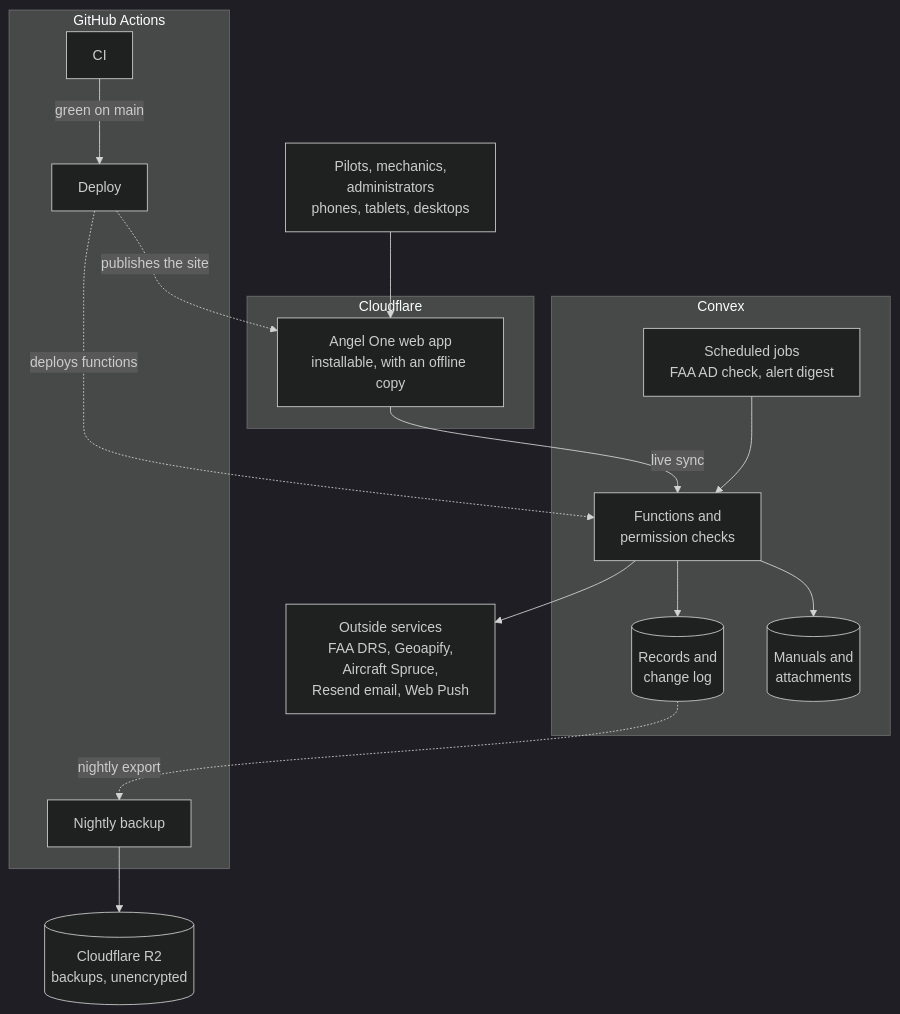
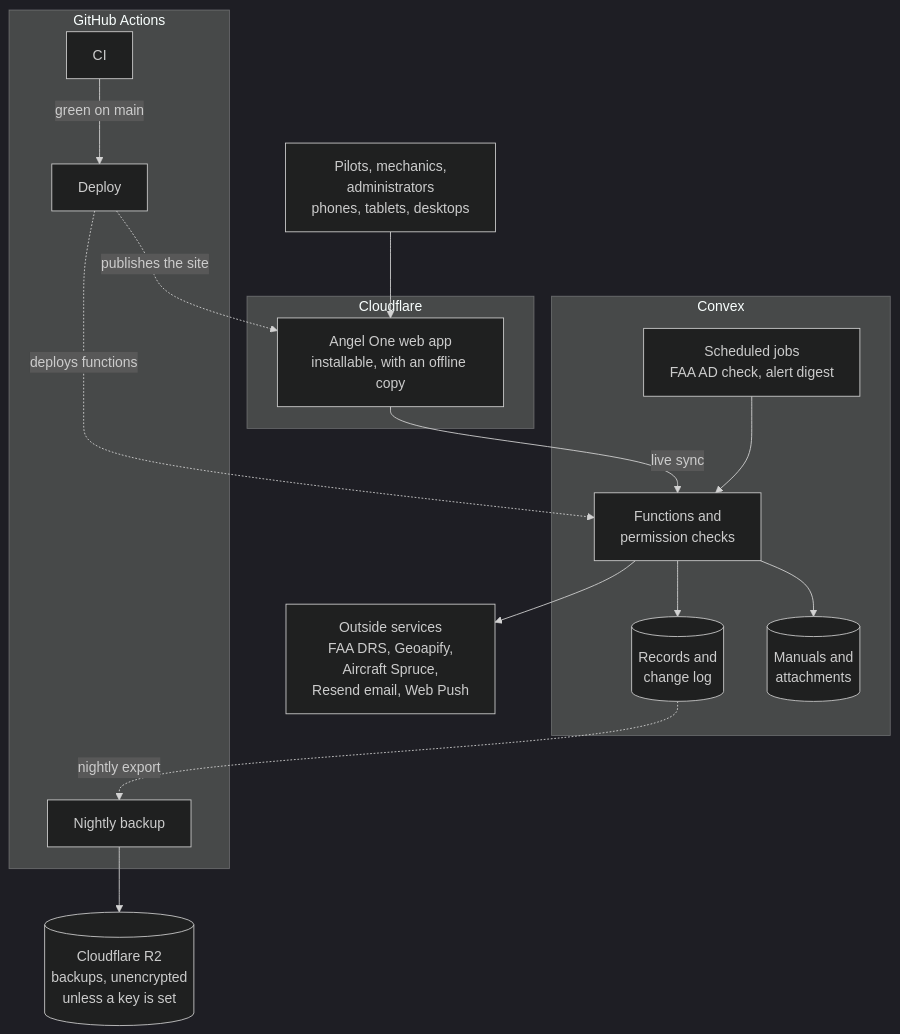
The diagram in README.md (angelone-aviation/AO-aircraft-maintenance), drawn with Mermaid (dark theme) before and after one commit. The commit also changed other lines of this file and 18 other files, not shown here.

````diff
--- a/README.md
+++ b/README.md
@@ -117,30 +115,30 @@
 ```mermaid
 flowchart TB
   People["Pilots, mechanics,<br/>administrators<br/>phones, tablets, desktops"]
   subgraph CF["Cloudflare"]
     App["Angel One web app<br/>installable, with an offline copy"]
   end
   subgraph CX["Convex"]
     Fns["Functions and<br/>permission checks"]
     DB[("Records and<br/>change log")]
     Files[("Manuals and<br/>attachments")]
     Jobs["Scheduled jobs<br/>FAA AD check, alert digest"]
   end
   Ext["Outside services<br/>FAA DRS, Geoapify,<br/>Aircraft Spruce,<br/>Resend email, Web Push"]
   subgraph GH["GitHub Actions"]
     CI["CI"] -->|green on main| Deploy["Deploy"]
     Nightly["Nightly backup"]
   end
-  R2[("Cloudflare R2<br/>backups, unencrypted")]
+  R2[("Cloudflare R2<br/>backups, unencrypted<br/>unless a key is set")]
 
   People --> App
   App -->|live sync| Fns
   Jobs --> Fns
   Fns --> DB
   Fns --> Files
   Fns --> Ext
   Deploy -.->|publishes the site| App
   Deploy -.->|deploys functions| Fns
   DB -.->|nightly export| Nightly
   Nightly --> R2
 ```
````
